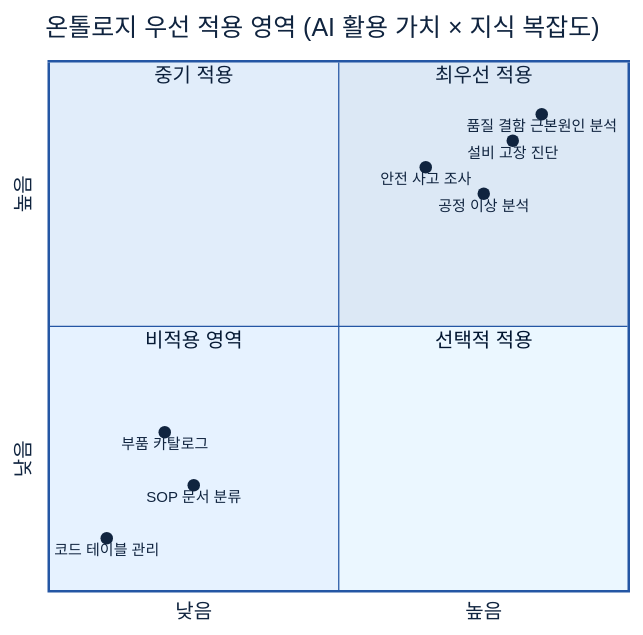
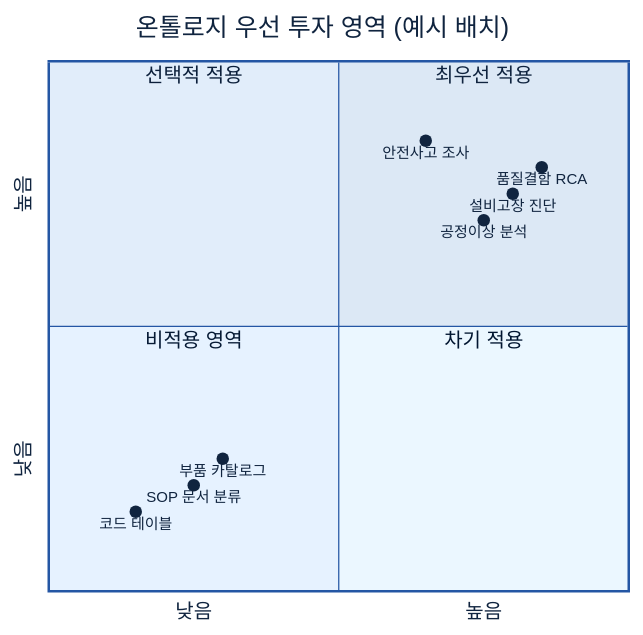
The third of 14 diagrams in 가이드 작성/B-3 온톨로지/B-3 온톨로지.md (jin-kearney/ai-ready-data-manual), drawn with Mermaid before and after one commit. The commit also changed other lines of this file and 2 other files, not shown here.

````diff
--- a/가이드 작성/B-3 온톨로지/B-3 온톨로지.md
+++ b/가이드 작성/B-3 온톨로지/B-3 온톨로지.md
@@ -290,18 +291,18 @@
 ```mermaid
-%%{init: {'theme':'base','themeVariables':{'primaryColor':'#DCE8F5','primaryBorderColor':'#2456A4','primaryTextColor':'#10243f','lineColor':'#2456A4','fontSize':'13px'}}}%%
+%%{init: {'theme':'base','themeVariables':{'primaryColor':'#DCE8F5','primaryBorderColor':'#2456A4','primaryTextColor':'#10243f','lineColor':'#2456A4','clusterBkg':'#EEF4FB','clusterBorder':'#6B9AD1','fontSize':'13px'}}}%%
 quadrantChart
-    title 온톨로지 우선 적용 영역 (AI 활용 가치 × 지식 복잡도)
+    title 온톨로지 우선 투자 영역 (예시 배치)
     x-axis 낮음 --> 높음
     y-axis 낮음 --> 높음
     quadrant-1 최우선 적용
-    quadrant-2 중기 적용
+    quadrant-2 선택적 적용
     quadrant-3 비적용 영역
-    quadrant-4 선택적 적용
-    품질 결함 근본원인 분석: [0.85, 0.90]
-    설비 고장 진단: [0.80, 0.85]
-    공정 이상 분석: [0.75, 0.75]
-    안전 사고 조사: [0.65, 0.80]
-    부품 카탈로그: [0.20, 0.30]
+    quadrant-4 차기 적용
+    품질결함 RCA: [0.85, 0.80]
+    설비고장 진단: [0.80, 0.75]
+    공정이상 분석: [0.75, 0.70]
+    안전사고 조사: [0.65, 0.85]
+    부품 카탈로그: [0.30, 0.25]
     SOP 문서 분류: [0.25, 0.20]
-    코드 테이블 관리: [0.10, 0.10]
+    코드 테이블: [0.15, 0.15]
 ```
````
